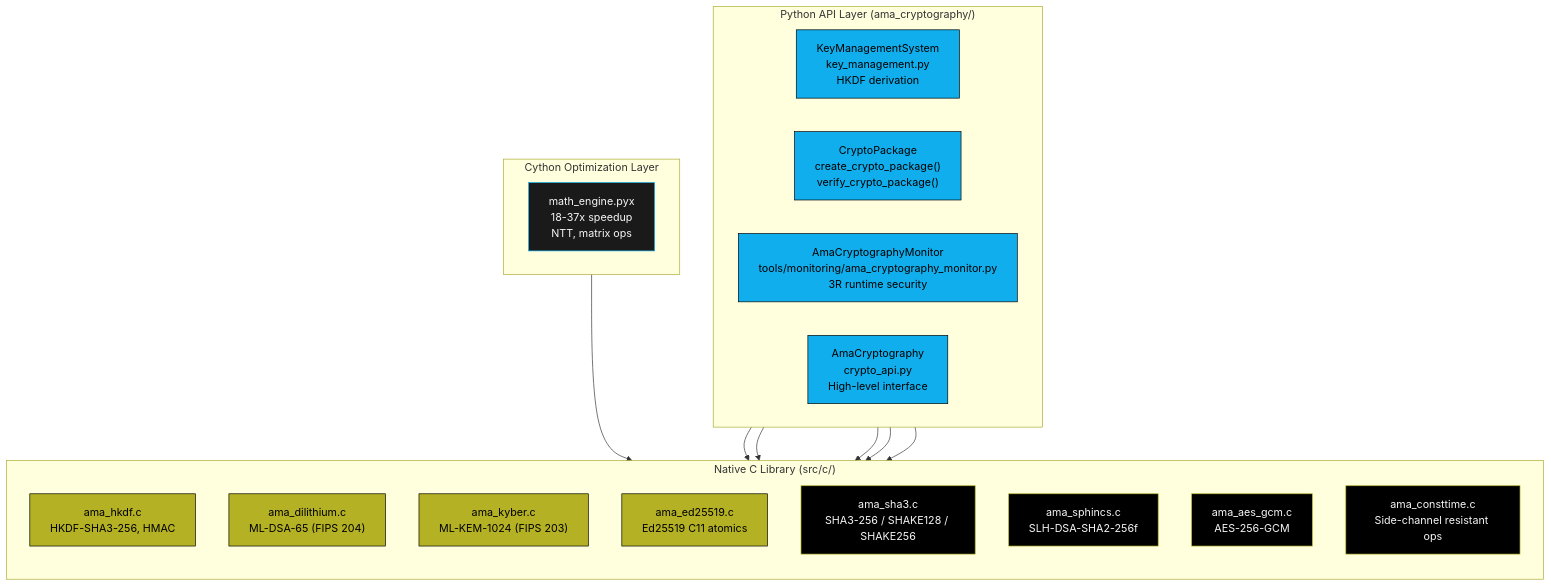
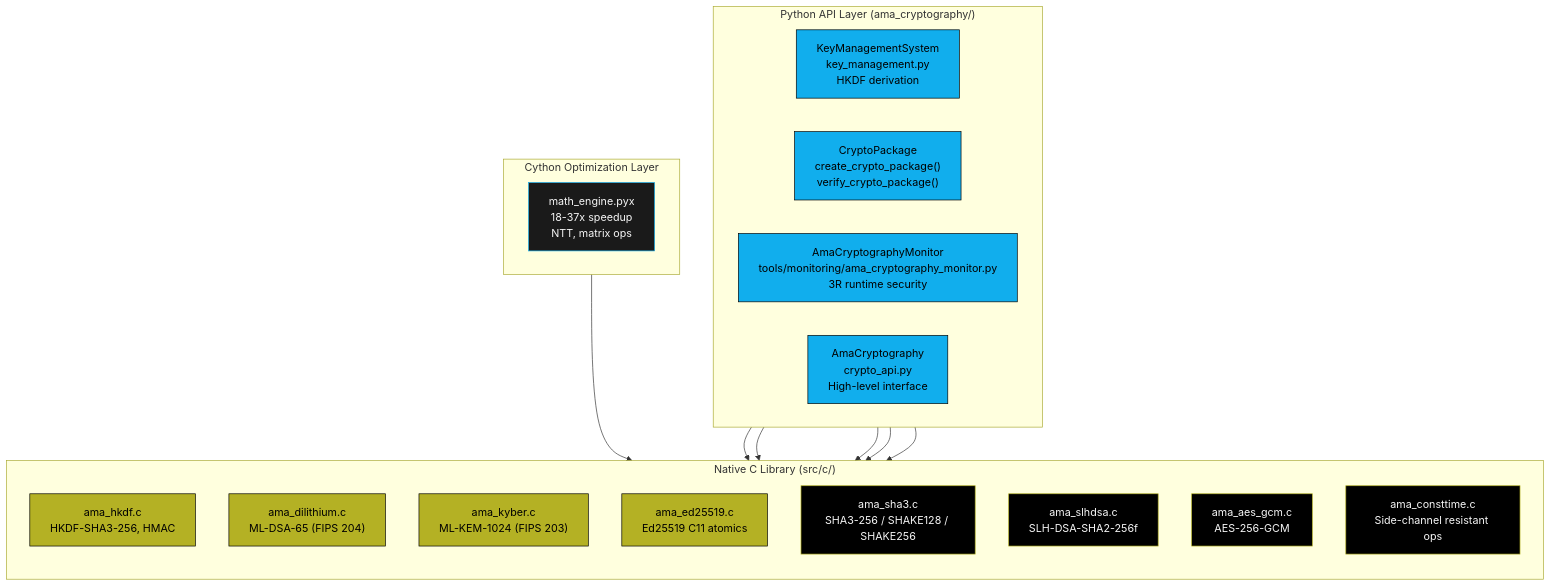
Before and after one commit to Steel-SecAdv-LLC/AMA-Cryptography: the second of 7 diagrams in wiki/Architecture.md, drawn with Mermaid. The commit also changed other lines of this file and 47 other files, not shown here.

First line of the commit message:
v3.3.0: SLH-DSA signer consolidation, native-hashing purity, CI Gate + per-PR MSAN (#362)

````diff
--- a/wiki/Architecture.md
+++ b/wiki/Architecture.md
@@ -63,38 +63,38 @@
 ```mermaid
 flowchart TD
     subgraph python["Python API Layer (ama_cryptography/)"]
         direction LR
         kms["KeyManagementSystem\nkey_management.py\nHKDF derivation"]:::blue
         cpkg["CryptoPackage\ncreate_crypto_package()\nverify_crypto_package()"]:::blue
         mon["AmaCryptographyMonitor\ntools/monitoring/ama_cryptography_monitor.py\n3R runtime security"]:::blue
         capi["AmaCryptography\ncrypto_api.py\nHigh-level interface"]:::blue
     end
 
     subgraph cython["Cython Optimization Layer"]
         math["math_engine.pyx\n18-37x speedup\nNTT, matrix ops"]:::gray
     end
 
     subgraph native["Native C Library (src/c/)"]
         direction TB
         hkdf["ama_hkdf.c\nHKDF-SHA3-256, HMAC"]:::gold
         dil["ama_dilithium.c\nML-DSA-65 (FIPS 204)"]:::gold
         kyber["ama_kyber.c\nML-KEM-1024 (FIPS 203)"]:::gold
         ed["ama_ed25519.c\nEd25519 C11 atomics"]:::gold
         sha3["ama_sha3.c\nSHA3-256 / SHAKE128 / SHAKE256"]:::black
-        sphincs["ama_sphincs.c\nSLH-DSA-SHA2-256f"]:::black
+        sphincs["ama_slhdsa.c\nSLH-DSA-SHA2-256f"]:::black
         aesgcm["ama_aes_gcm.c\nAES-256-GCM"]:::black
         ct["ama_consttime.c\nSide-channel resistant ops"]:::black
     end
 
     python --> native
     cython --> native
     kms --> hkdf
     cpkg --> dil
     cpkg --> ed
     mon --> sha3
 
 classDef gold fill:#B4B124,stroke:#000000,color:#000000;
 classDef blue fill:#11AEED,stroke:#000000,color:#000000;
 classDef black fill:#000000,stroke:#B4B124,color:#f6f6f6;
 classDef gray fill:#1a1a1a,stroke:#11AEED,color:#f6f6f6;
 ```
````
